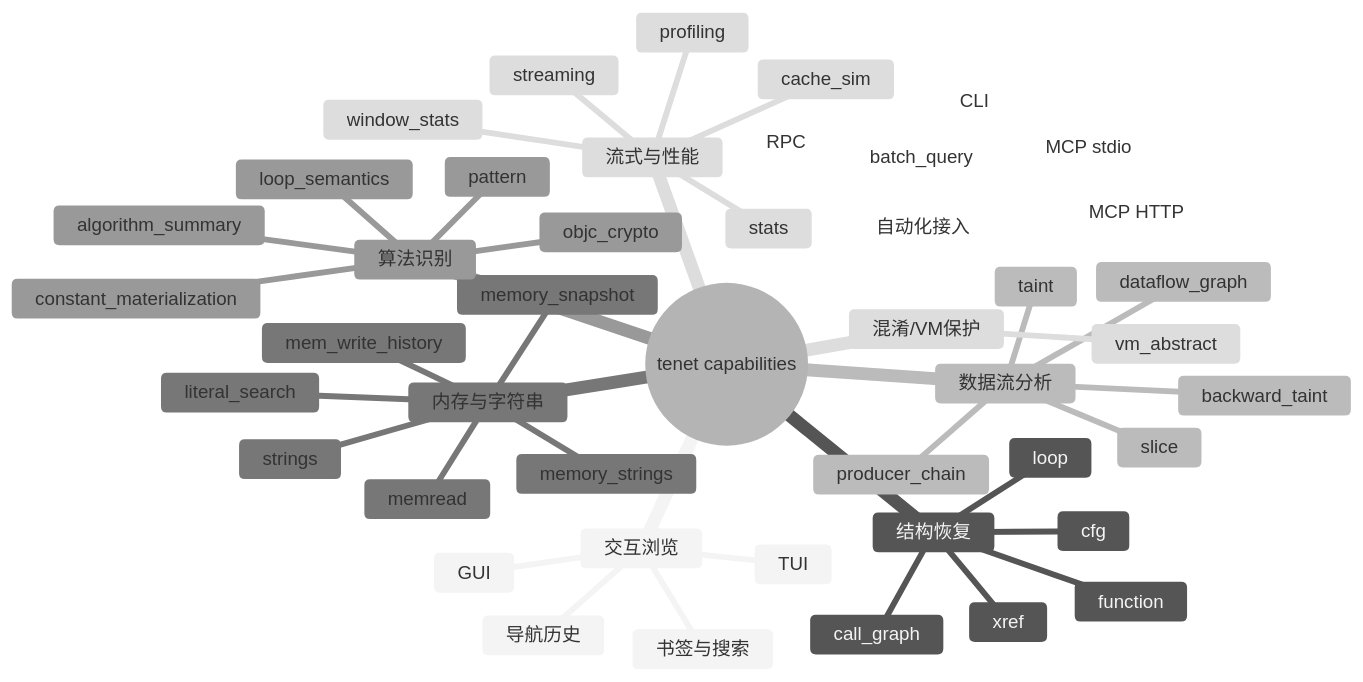
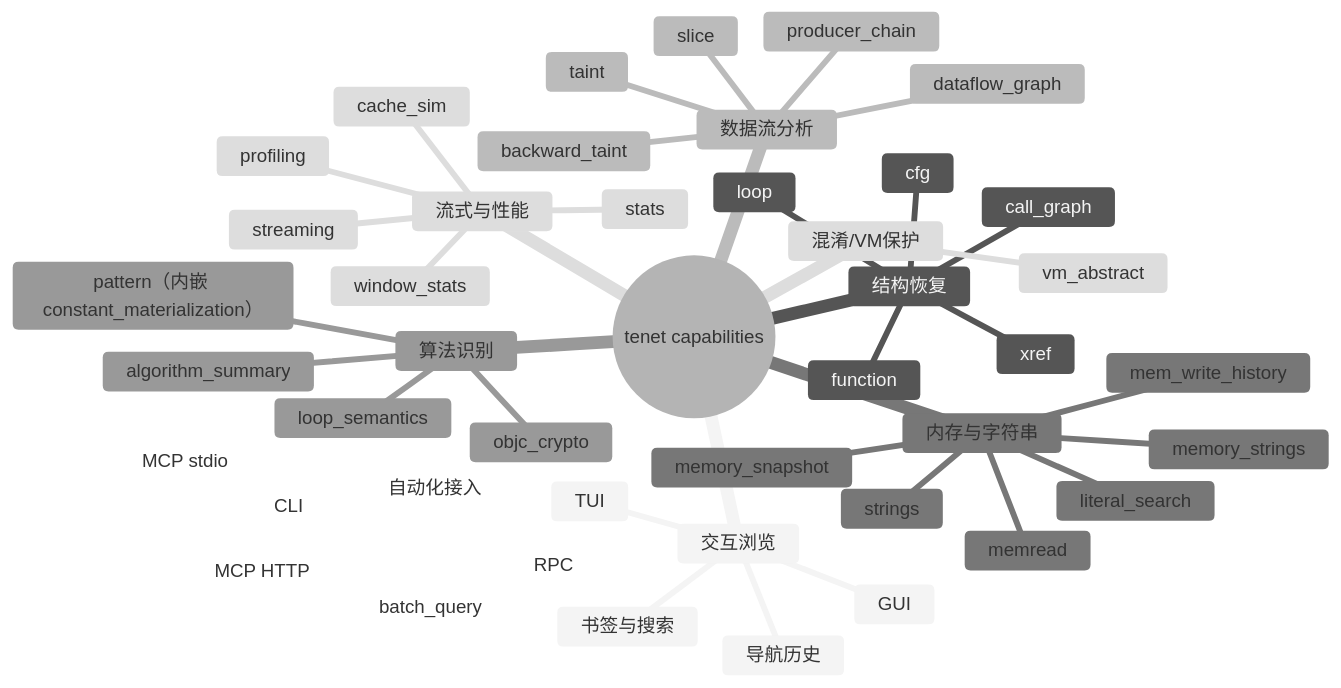
The diagram in slowmo/docs/capabilities.md (fuckreverse/retrace), drawn with Mermaid (neutral theme) before and after one commit. The commit also changed other lines of this file and 25 other files, not shown here.

First line of the commit message:
tenet: 将 constant_materialization pass 合并入 pattern pass

````diff
--- a/slowmo/docs/capabilities.md
+++ b/slowmo/docs/capabilities.md
@@ -5,48 +5,47 @@
 ```mermaid
 mindmap
   root((tenet capabilities))
     交互浏览
       GUI
       TUI
       导航历史
       书签与搜索
     结构恢复
       function
       xref
       cfg
       call_graph
       loop
     数据流分析
       taint
       backward_taint
       slice
       producer_chain
       dataflow_graph
     内存与字符串
       memread
       mem_write_history
       memory_snapshot
       strings
       memory_strings
       literal_search
     算法识别
-      pattern
-      constant_materialization
+      pattern（内嵌 constant_materialization）
       loop_semantics
       algorithm_summary
       objc_crypto
     混淆/VM保护
       vm_abstract
     自动化接入
       CLI
       RPC
       MCP stdio
       MCP HTTP
       batch_query
     流式与性能
       streaming
       stats
       cache_sim
       window_stats
       profiling
 ```
````
